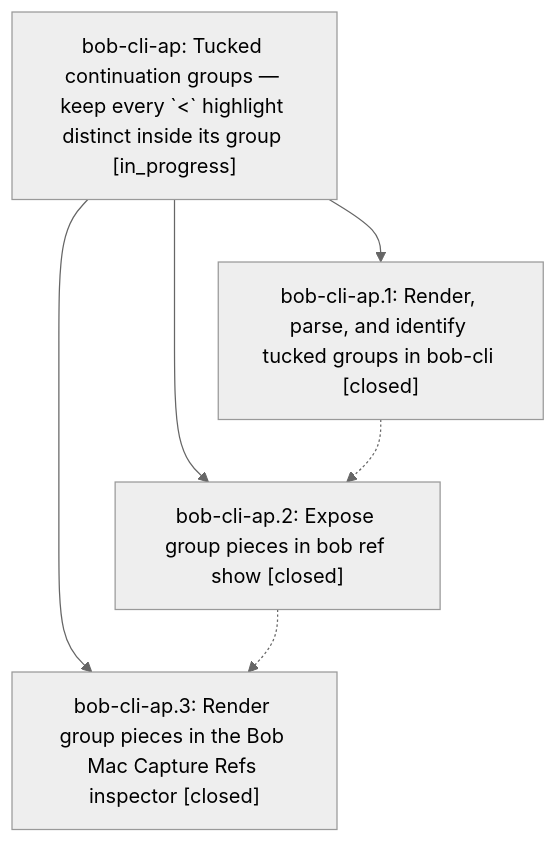
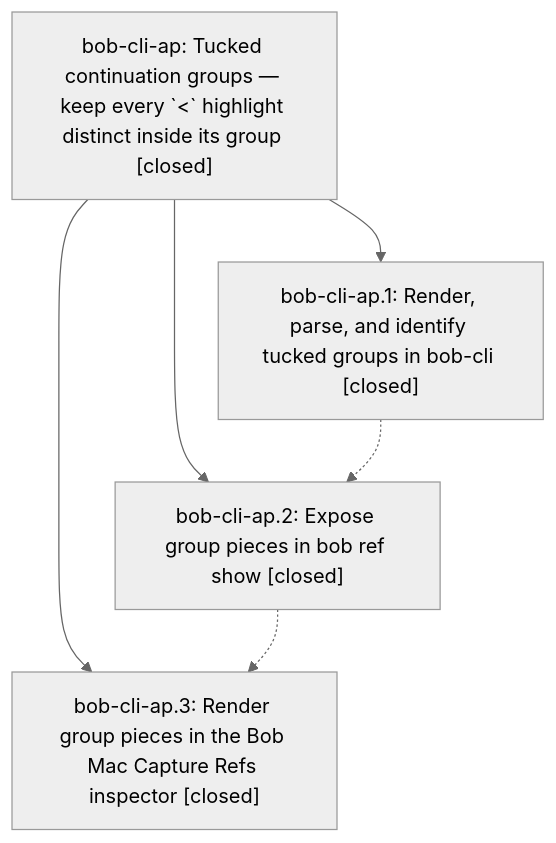
The diagram in pages/bob-cli-ap/README.md (bobs-org/bob-cli--beads), drawn with Mermaid (neutral theme) before and after one commit. The commit also changed other lines of this file and 1 other file, not shown here.

First line of the commit message:
chore(beads): sync bead state and pages for bob-cli-ap

````diff
--- a/pages/bob-cli-ap/README.md
+++ b/pages/bob-cli-ap/README.md
@@ -38,12 +46,12 @@
 ```mermaid
 flowchart TD
-    n0["bob-cli-ap: Tucked continuation groups — keep every `&lt;` highlight distinct inside its group [in_progress]"]
+    n0["bob-cli-ap: Tucked continuation groups — keep every `&lt;` highlight distinct inside its group [closed]"]
     n1["bob-cli-ap.1: Render, parse, and identify tucked groups in bob-cli [closed]"]
     n2["bob-cli-ap.2: Expose group pieces in bob ref show [closed]"]
     n3["bob-cli-ap.3: Render group pieces in the Bob Mac Capture Refs inspector [closed]"]
     n0 --> n1
     n0 --> n2
     n0 --> n3
     n1 -.-> n2
     n2 -.-> n3
 ```
````
